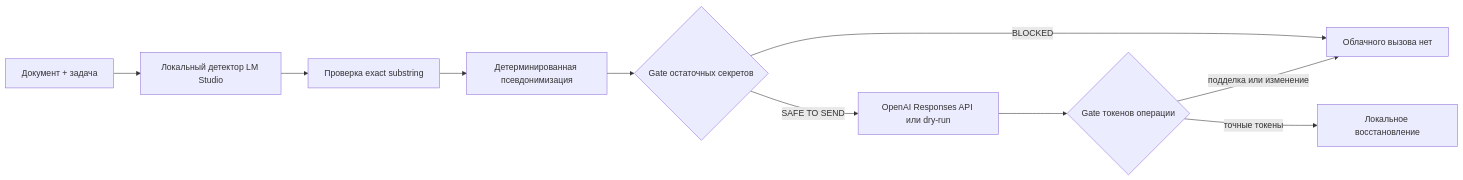
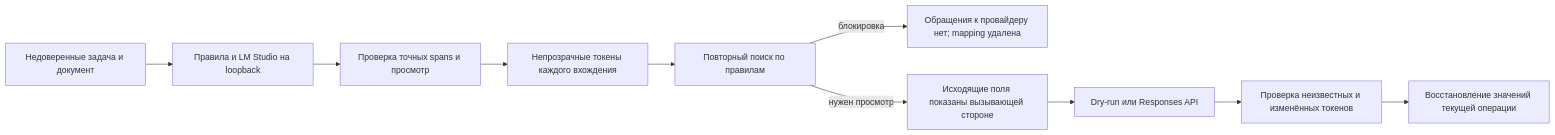
One commit to AI-Danil/pii-airlock changed the diagram in README.ru.md. Above: the diagram before and after it, drawn with Mermaid. The commit also changed other lines of this file and 72 other files, not shown here.

First line of the commit message:
Enforce reviewer authorization before cloud send, re-run the benchmark, restructure the case study (#1)

````diff
--- a/README.ru.md
+++ b/README.ru.md
@@ -22,12 +13,12 @@
 ```mermaid
 flowchart LR
-    A["Документ + задача"] --> B["Локальный детектор LM Studio"]
-    B --> C["Проверка exact substring"]
-    C --> D["Детерминированная псевдонимизация"]
-    D --> E{"Gate остаточных секретов"}
-    E -->|BLOCKED| X["Облачного вызова нет"]
-    E -->|SAFE TO SEND| F["OpenAI Responses API или dry-run"]
-    F --> G{"Gate токенов операции"}
-    G -->|подделка или изменение| X
-    G -->|точные токены| H["Локальное восстановление"]
+    A["Недоверенные задача и документ"] --> B["Правила и LM Studio на loopback"]
+    B --> C["Проверка точных spans и просмотр"]
+    C --> D["Непрозрачные токены каждого вхождения"]
+    D --> E["Повторный поиск по правилам"]
+    E -->|блокировка| X["Обращения к провайдеру нет; mapping удалена"]
+    E -->|нужен просмотр| R["Исходящие поля показаны вызывающей стороне"]
+    R --> F["Dry-run или Responses API"]
+    F --> G["Проверка неизвестных и изменённых токенов"]
+    G --> H["Восстановление значений текущей операции"]
 ```
````
